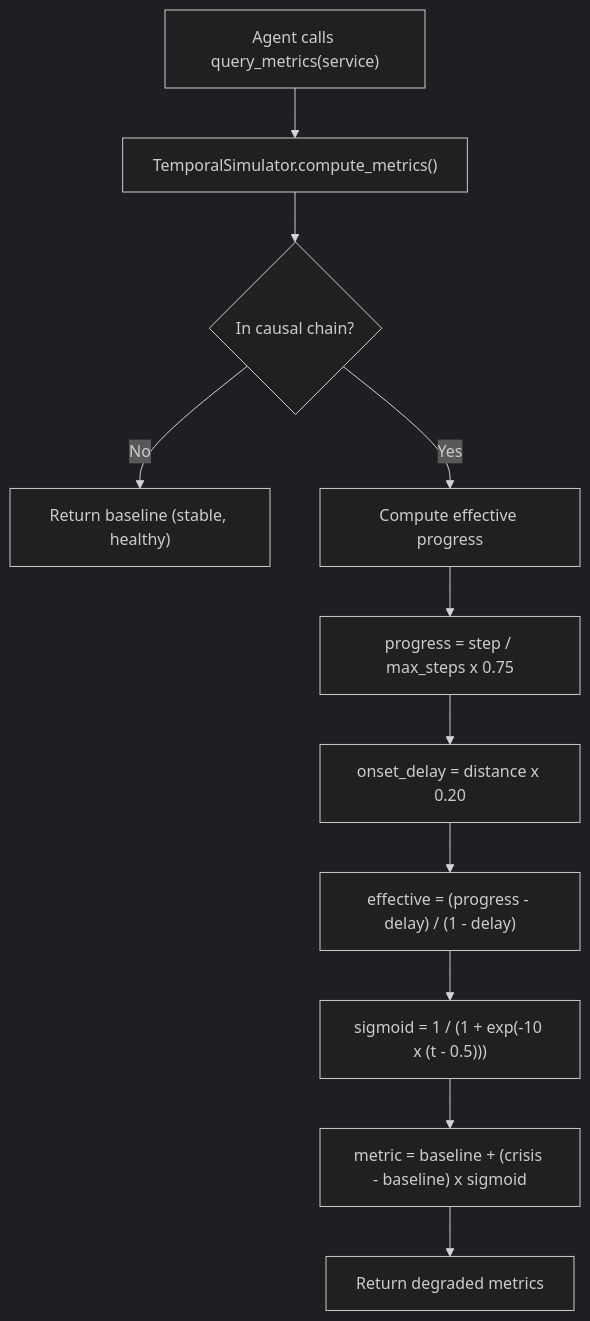
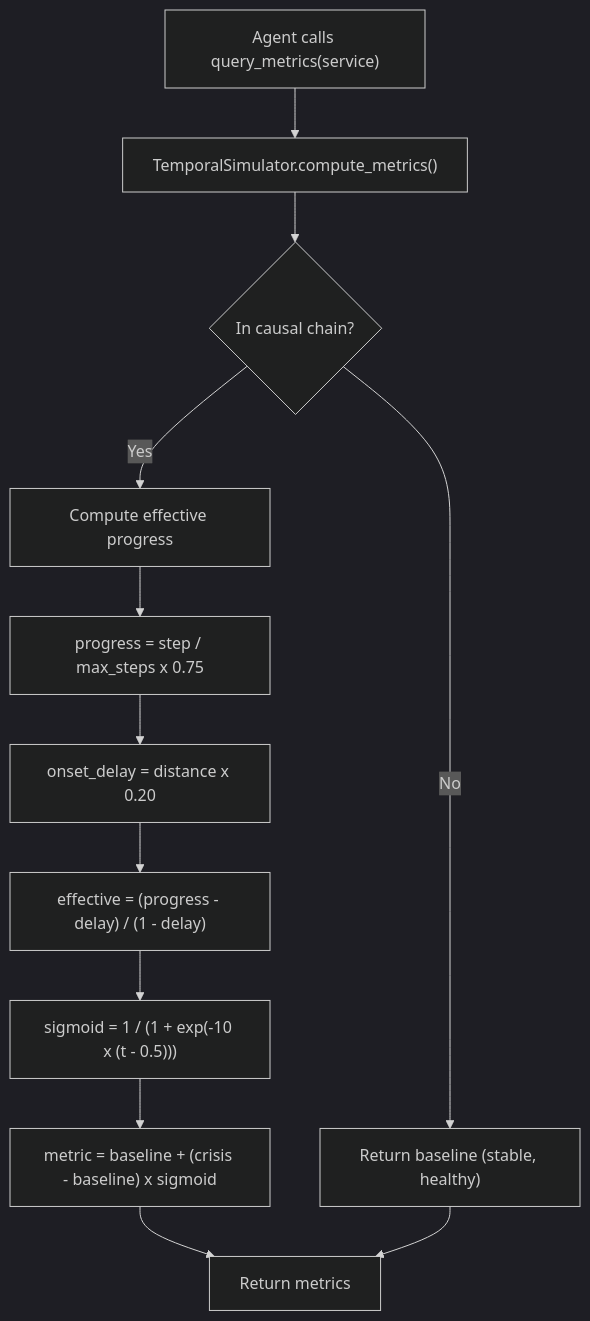
The second of 4 diagrams in README.md (wildcraft958/incident_triage_env), drawn with Mermaid (dark theme) before and after one commit. The commit also changed other lines of this file and 1 other file, not shown here.

First line of the commit message:
Fix temporal diagram layout and difficulty progression subgraph errors

````diff
--- a/README.md
+++ b/README.md
@@ -51,13 +51,14 @@
 ```mermaid
 flowchart TD
     A["Agent calls query_metrics(service)"] --> B["TemporalSimulator.compute_metrics()"]
     B --> C{"In causal chain?"}
     C -->|"No"| D["Return baseline (stable, healthy)"]
     C -->|"Yes"| E["Compute effective progress"]
     E --> F["progress = step / max_steps x 0.75"]
     F --> G["onset_delay = distance x 0.20"]
     G --> H["effective = (progress - delay) / (1 - delay)"]
     H --> I["sigmoid = 1 / (1 + exp(-10 x (t - 0.5)))"]
     I --> J["metric = baseline + (crisis - baseline) x sigmoid"]
-    J --> K["Return degraded metrics"]
+    J --> K["Return metrics"]
+    D --> K
 ```
````
